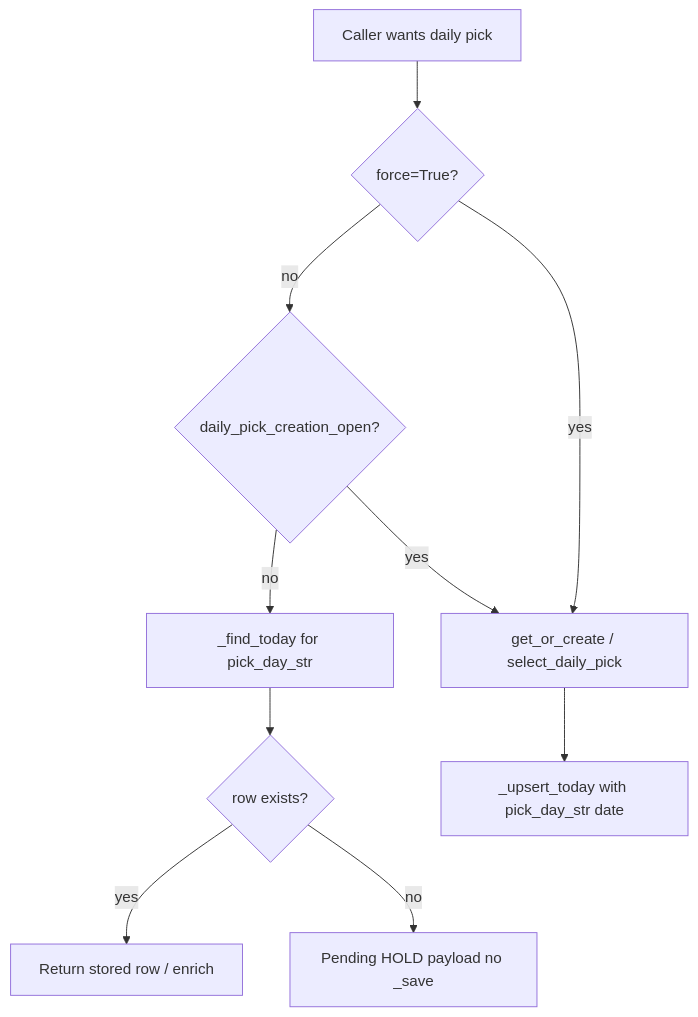
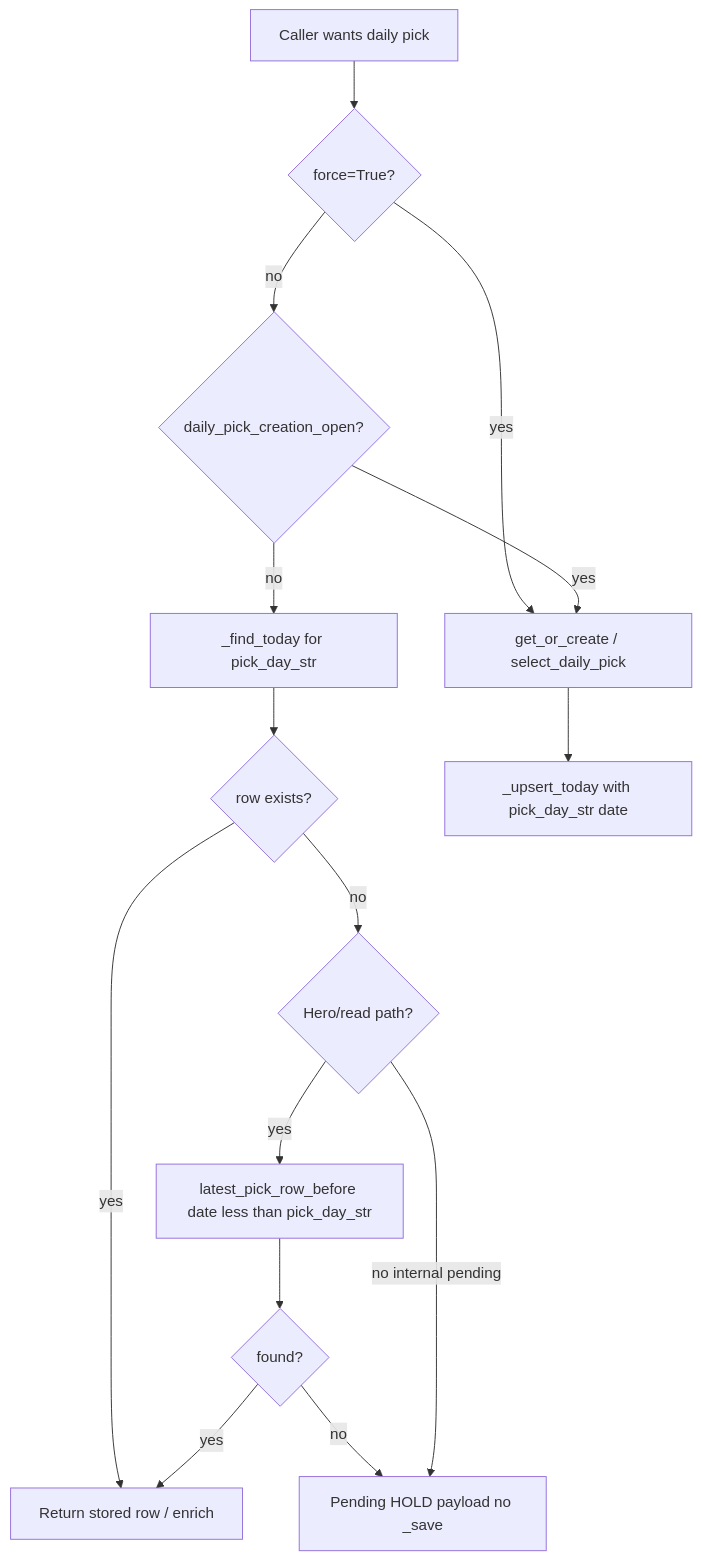
Before and after one commit to cryptoreporthub/subnet-dashboard: the diagram in docs/plans/daily-pick-morning.md, drawn with Mermaid. The commit also changed other lines of this file, not shown here.

First line of the commit message:
docs: address adversarial review on daily-pick morning plan

````diff
--- a/docs/plans/daily-pick-morning.md
+++ b/docs/plans/daily-pick-morning.md
@@ -150,12 +164,17 @@
 ```mermaid
 flowchart TD
   A[Caller wants daily pick] --> B{force=True?}
   B -->|yes| G[get_or_create / select_daily_pick]
   B -->|no| C{daily_pick_creation_open?}
   C -->|no| D[_find_today for pick_day_str]
   D --> E{row exists?}
   E -->|yes| F[Return stored row / enrich]
-  E -->|no| H[Pending HOLD payload no _save]
+  E -->|no| P{Hero/read path?}
+  P -->|yes| Q[latest_pick_row_before date less than pick_day_str]
+  Q --> R{found?}
+  R -->|yes| F
+  R -->|no| H[Pending HOLD payload no _save]
+  P -->|no internal pending| H
   C -->|yes| G
   G --> I[_upsert_today with pick_day_str date]
 ```
````
